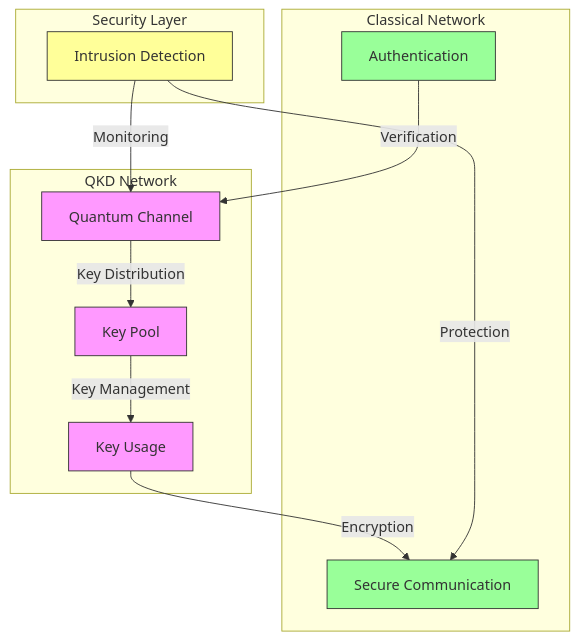
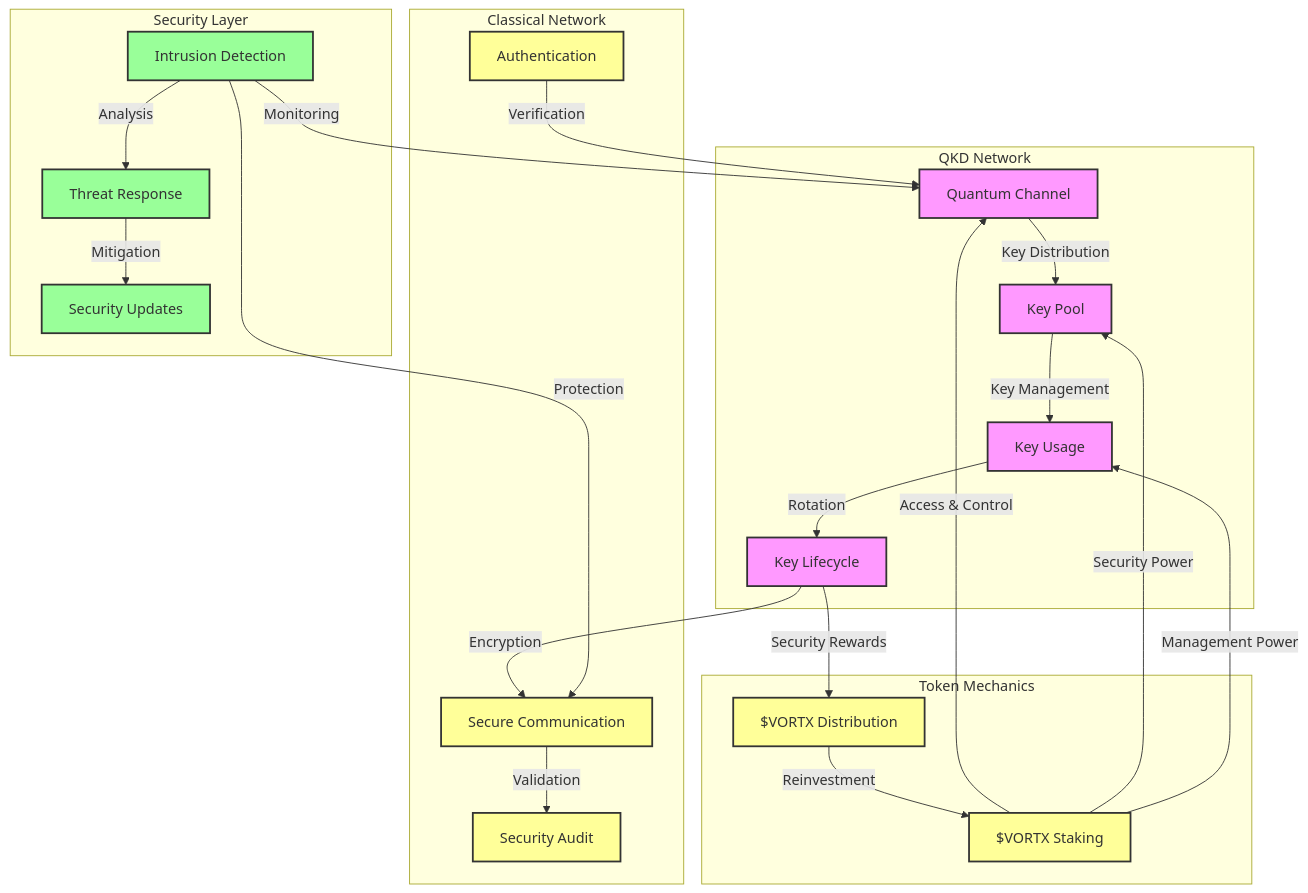
Before and after one commit to Vortx-AI/synthetic-satellite: the fourth of 4 diagrams in docs/whitepapers/emerging-tech.md, drawn with Mermaid. The commit also changed other lines of this file and 2 other files, not shown here.

````diff
--- a/docs/whitepapers/emerging-tech.md
+++ b/docs/whitepapers/emerging-tech.md
@@ -157,25 +169,39 @@
 ```mermaid
 graph TD
     subgraph QKD Network
         Q1[Quantum Channel] -->|Key Distribution| Q2[Key Pool]
         Q2 -->|Key Management| Q3[Key Usage]
+        Q3 -->|Rotation| Q4[Key Lifecycle]
+    end
+    
+    subgraph Token Mechanics
+        T1[$VORTX Staking] -->|Access & Control| Q1
+        T1 -->|Security Power| Q2
+        T1 -->|Management Power| Q3
+        Q4 -->|Security Rewards| T2[$VORTX Distribution]
+        T2 -->|Reinvestment| T1
     end
     
     subgraph Classical Network
         C1[Authentication] -->|Verification| Q1
-        Q3 -->|Encryption| C2[Secure Communication]
+        Q4 -->|Encryption| C2[Secure Communication]
+        C2 -->|Validation| C3[Security Audit]
     end
     
     subgraph Security Layer
         S1[Intrusion Detection] -->|Monitoring| Q1
         S1 -->|Protection| C2
+        S1 -->|Analysis| S2[Threat Response]
+        S2 -->|Mitigation| S3[Security Updates]
     end
     
-    classDef quantum fill:#f9f,stroke:#333
-    classDef classical fill:#9f9,stroke:#333
-    classDef security fill:#ff9,stroke:#333
+    classDef quantum fill:#f9f,stroke:#333,stroke-width:2px
+    classDef token fill:#ff9,stroke:#333,stroke-width:2px
+    classDef classical fill:#ff9,stroke:#333,stroke-width:2px
+    classDef security fill:#9f9,stroke:#333,stroke-width:2px
     
-    class Q1,Q2,Q3 quantum
-    class C1,C2 classical
-    class S1 security
+    class Q1,Q2,Q3,Q4 quantum
+    class T1,T2 token
+    class C1,C2,C3 classical
+    class S1,S2,S3 security
 ```
````
